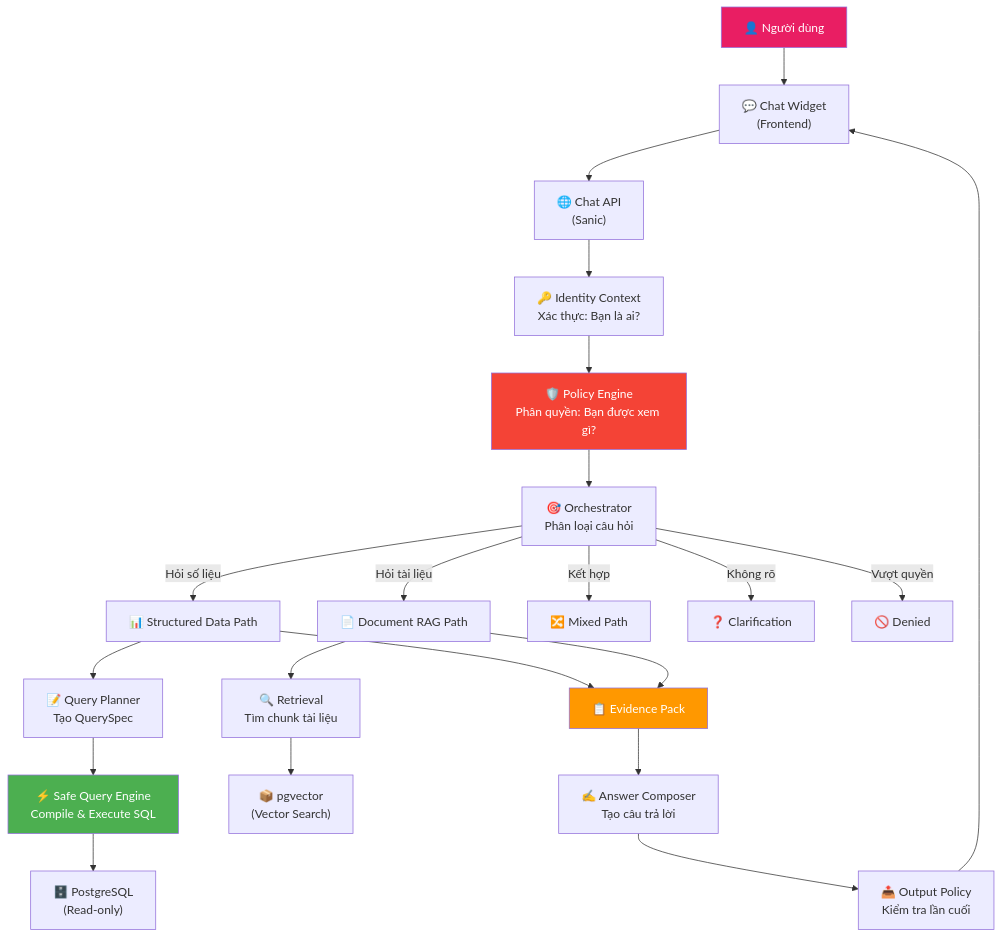
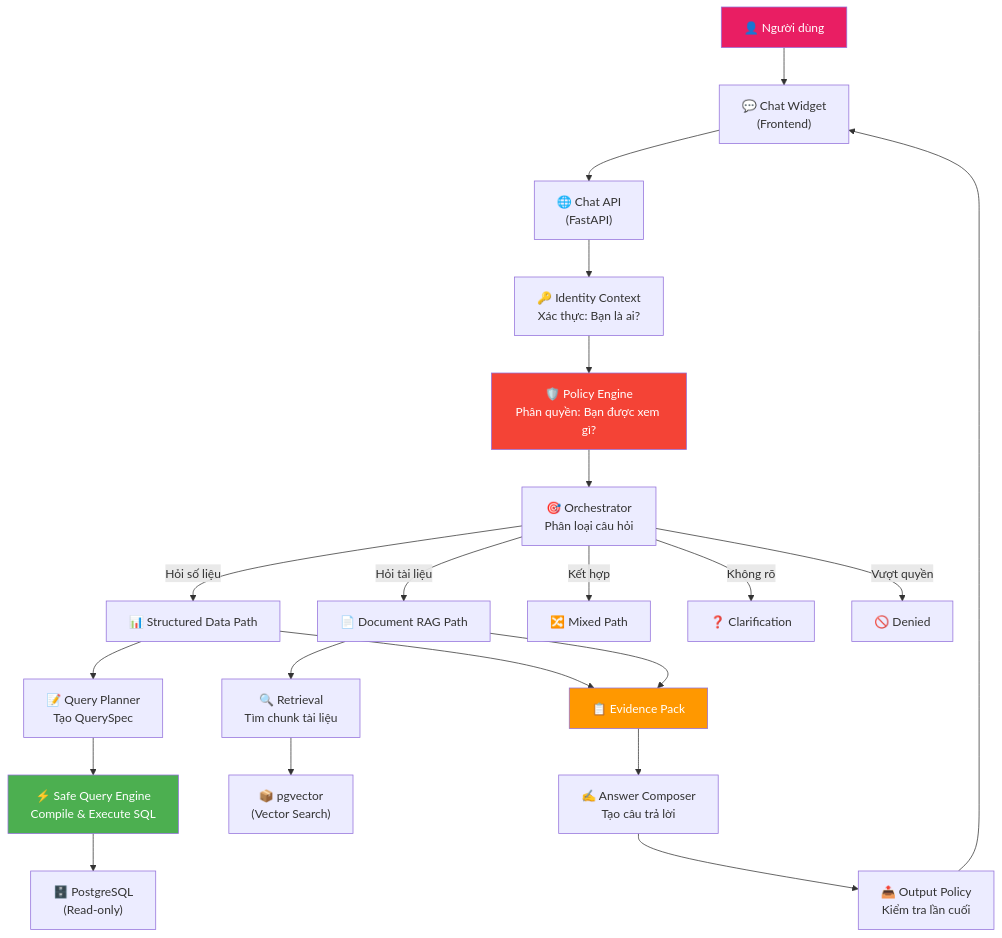
The third of 4 diagrams in project_analysis.md (TrongNamNguyen/Chat_Widget), drawn with Mermaid before and after one commit. The commit also changed other lines of this file, not shown here.

````diff
--- a/project_analysis.md
+++ b/project_analysis.md
@@ -150,34 +150,34 @@
 ```mermaid
 graph TB
     U["👤 Người dùng"] --> W["💬 Chat Widget<br/>(Frontend)"]
-    W --> API["🌐 Chat API<br/>(Sanic)"]
+    W --> API["🌐 Chat API<br/>(FastAPI)"]
     
     API --> IAM["🔑 Identity Context<br/>Xác thực: Bạn là ai?"]
     IAM --> POL["🛡️ Policy Engine<br/>Phân quyền: Bạn được xem gì?"]
     
     POL --> ORC["🎯 Orchestrator<br/>Phân loại câu hỏi"]
     
     ORC --> |"Hỏi số liệu"| SQ["📊 Structured Data Path"]
     ORC --> |"Hỏi tài liệu"| DOC["📄 Document RAG Path"]
     ORC --> |"Kết hợp"| MIX["🔀 Mixed Path"]
     ORC --> |"Không rõ"| CLR["❓ Clarification"]
     ORC --> |"Vượt quyền"| DEN["🚫 Denied"]
     
     SQ --> QP["📝 Query Planner<br/>Tạo QuerySpec"]
     QP --> SQE["⚡ Safe Query Engine<br/>Compile & Execute SQL"]
     SQE --> DB["🗄️ PostgreSQL<br/>(Read-only)"]
     
     DOC --> RET["🔍 Retrieval<br/>Tìm chunk tài liệu"]
     RET --> VS["📦 pgvector<br/>(Vector Search)"]
     
     SQ --> EVD["📋 Evidence Pack"]
     DOC --> EVD
     EVD --> ANS["✍️ Answer Composer<br/>Tạo câu trả lời"]
     ANS --> OUT["📤 Output Policy<br/>Kiểm tra lần cuối"]
     OUT --> W
     
     style U fill:#E91E63,color:#fff
     style POL fill:#F44336,color:#fff
     style SQE fill:#4CAF50,color:#fff
     style EVD fill:#FF9800,color:#fff
 ```
````
